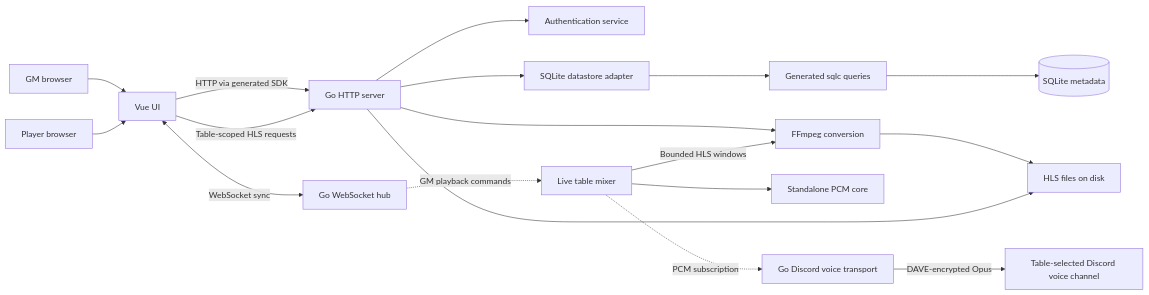
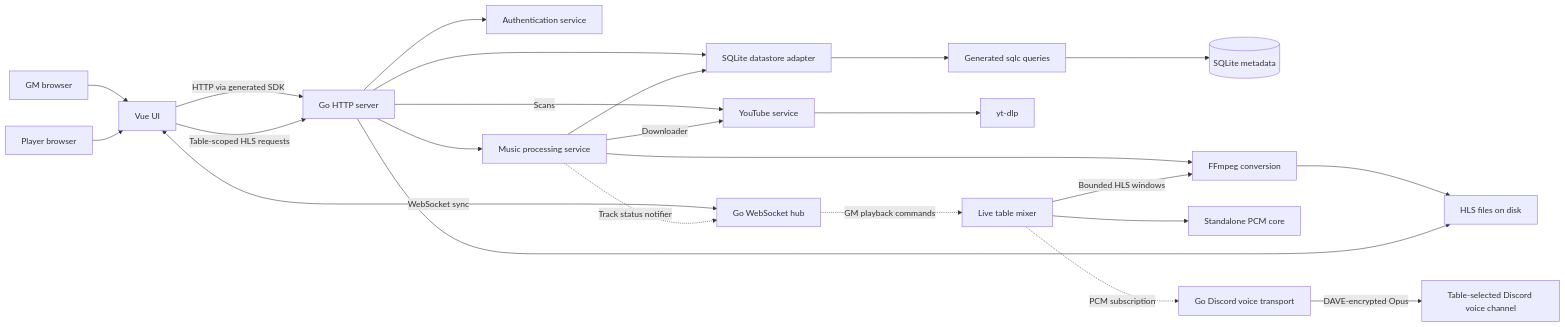
One commit to terrabitz/rpg-audio-streamer changed the diagram in docs/overview.md. Above: the diagram before and after it, drawn with Mermaid. The commit also changed other lines of this file and 85 other files, not shown here.

First line of the commit message:
feat: import YouTube audio with background processing (#196)

````diff
--- a/docs/overview.md
+++ b/docs/overview.md
@@ -19,20 +19,26 @@
 ```mermaid
 flowchart LR
   GM[GM browser] --> UI[Vue UI]
   Player[Player browser] --> UI
   UI -->|HTTP via generated SDK| API[Go HTTP server]
   UI <-->|WebSocket sync| Hub[Go WebSocket hub]
   UI -->|Table-scoped HLS requests| API
   API --> Auth[Authentication service]
   API --> Store[SQLite datastore adapter]
   Store --> Queries[Generated sqlc queries]
   Queries --> DB[(SQLite metadata)]
-  API --> FFmpeg[FFmpeg conversion]
+  API --> Processing[Music processing service]
+  API -->|Scans| YouTube[YouTube service]
+  Processing --> Store
+  Processing --> FFmpeg[FFmpeg conversion]
+  Processing -->|Downloader| YouTube
+  Processing -.->|Track status notifier| Hub
+  YouTube --> YTDLP[yt-dlp]
   FFmpeg --> Uploads[HLS files on disk]
   API --> Uploads
   Hub -.->|GM playback commands| Mix[Live table mixer]
   Mix --> PCM[Standalone PCM core]
   Mix -->|Bounded HLS windows| FFmpeg
   Mix -.->|PCM subscription| Voice[Go Discord voice transport]
   Voice -->|DAVE-encrypted Opus| Discord[Table-selected Discord voice channel]
 ```
````
